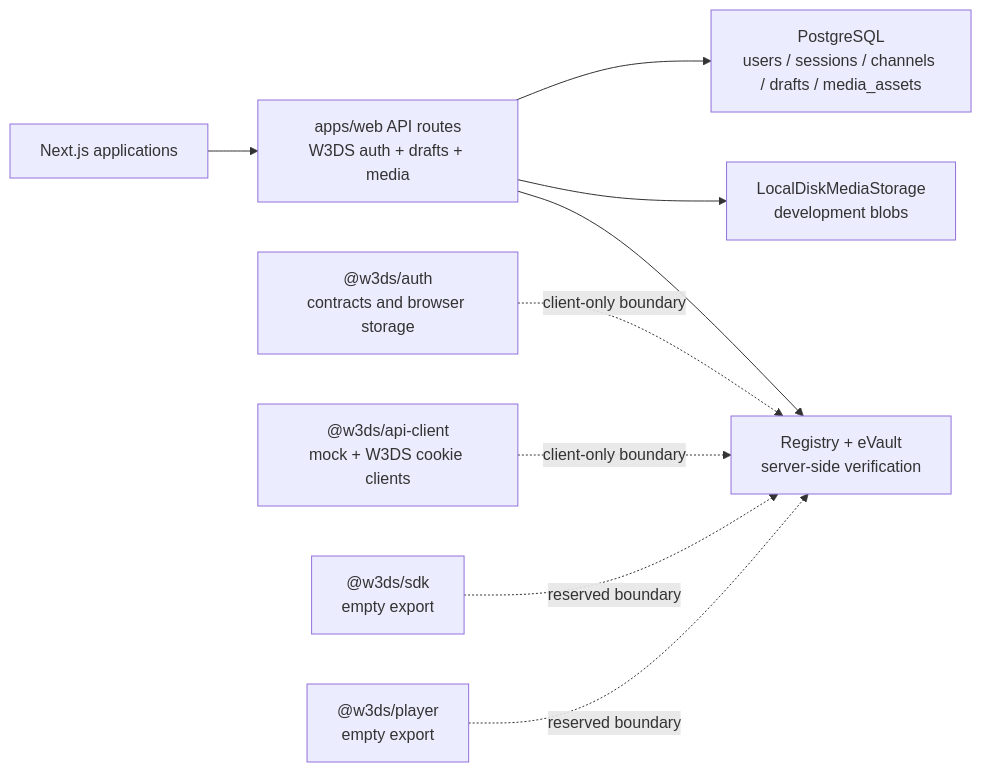
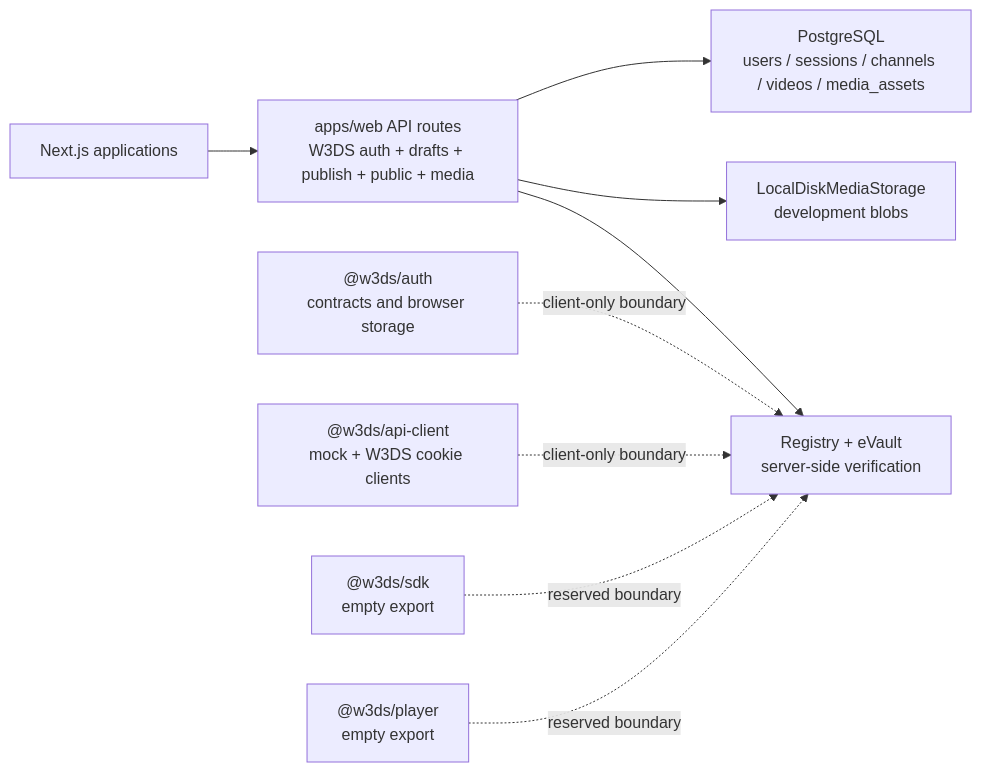
Before and after one commit to serobkhachatryan-cpu/vidak: the diagram in docs/backend.md, drawn with Mermaid. The commit also changed other lines of this file and 11 other files, not shown here.

Commit message:
feat(api): add video publishing and discovery routes

````diff
--- a/docs/backend.md
+++ b/docs/backend.md
@@ -16,11 +18,11 @@
 ```mermaid
 flowchart LR
-  Clients["Next.js applications"] --> Auth["apps/web API routes\nW3DS auth + drafts + media"]
-  Auth --> DB["PostgreSQL\nusers / sessions / channels / drafts / media_assets"]
+  Clients["Next.js applications"] --> Auth["apps/web API routes\nW3DS auth + drafts + publish + public + media"]
+  Auth --> DB["PostgreSQL\nusers / sessions / channels / videos / media_assets"]
   Auth --> Disk["LocalDiskMediaStorage\ndevelopment blobs"]
   Auth --> Platform["Registry + eVault\nserver-side verification"]
   Contracts["@w3ds/auth<br/>contracts and browser storage"] -. client-only boundary .-> Platform
   API["@w3ds/api-client<br/>mock + W3DS cookie clients"] -. client-only boundary .-> Platform
   SDK["@w3ds/sdk<br/>empty export"] -. reserved boundary .-> Platform
   Player["@w3ds/player<br/>empty export"] -. reserved boundary .-> Platform
 ```
````
